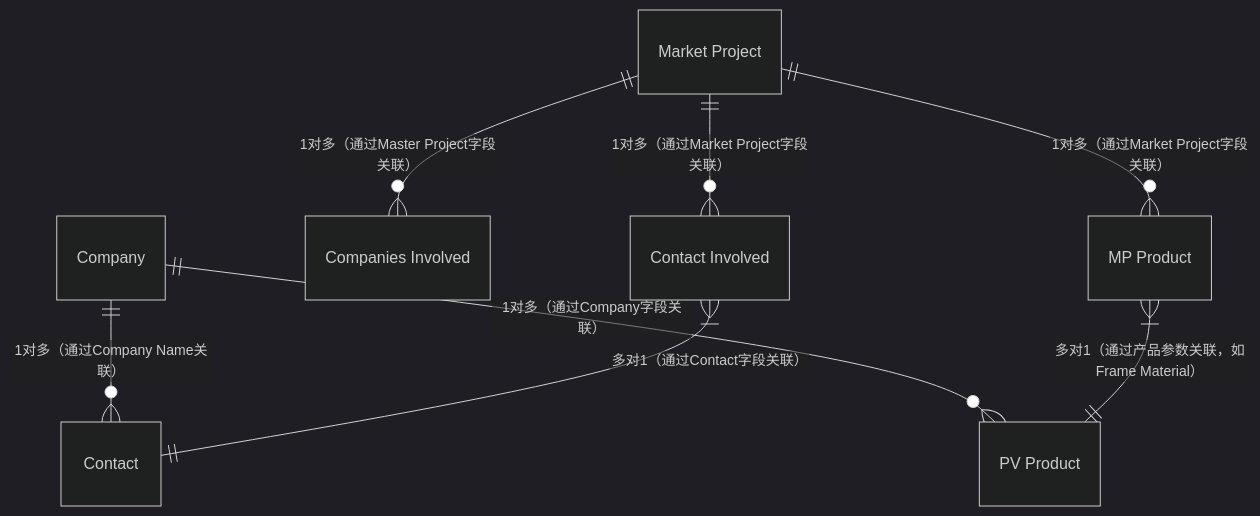
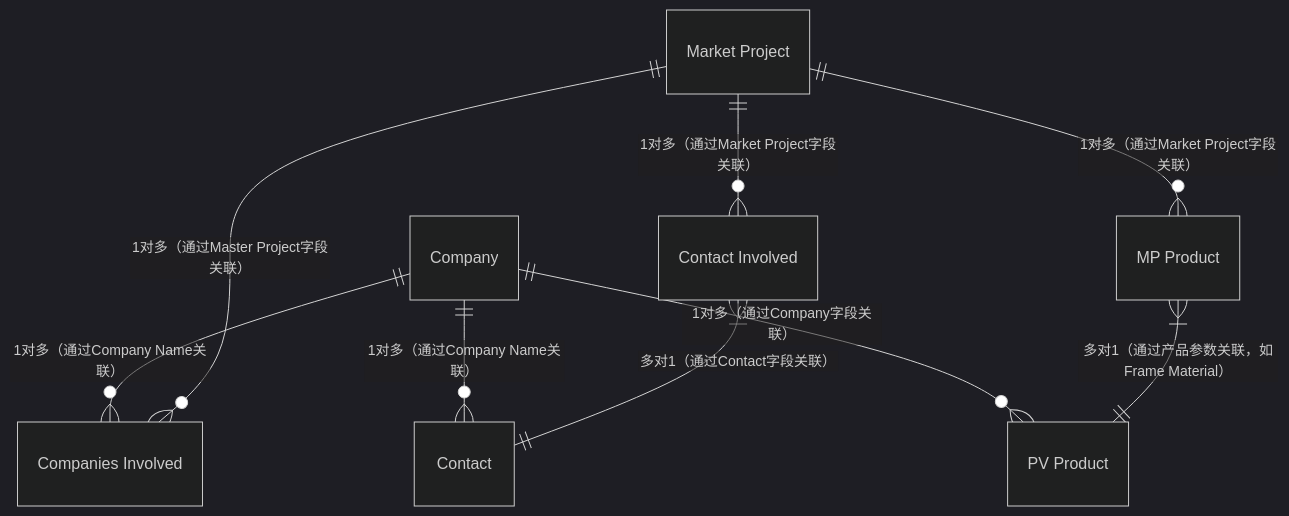
The diagram in all/未命名.md (zhangziru-33/iodraw-files), drawn with Mermaid (dark theme) before and after one commit.

Commit message:
2025-12-04 13:37:39 update

````diff
--- a/all/未命名.md
+++ b/all/未命名.md
@@ -1,13 +1,11 @@
 ```mermaid
 erDiagram
-   
+    Company ||--o{ "Companies Involved" : "1对多（通过Company Name关联）"
     Company ||--o{ "PV Product" : "1对多（通过Company字段关联）"
     Company ||--o{ "Contact" : "1对多（通过Company Name关联）"
-    
     "Market Project" ||--o{ "Companies Involved" : "1对多（通过Master Project字段关联）"
-    
     "Market Project" ||--o{ "Contact Involved" : "1对多（通过Market Project字段关联）"
     "Market Project" ||--o{ "MP Product" : "1对多（通过Market Project字段关联）"
     "MP Product" }|--|| "PV Product" : "多对1（通过产品参数关联，如Frame Material）"
     "Contact Involved" }|--|| "Contact" : "多对1（通过Contact字段关联）"
 ```
````
